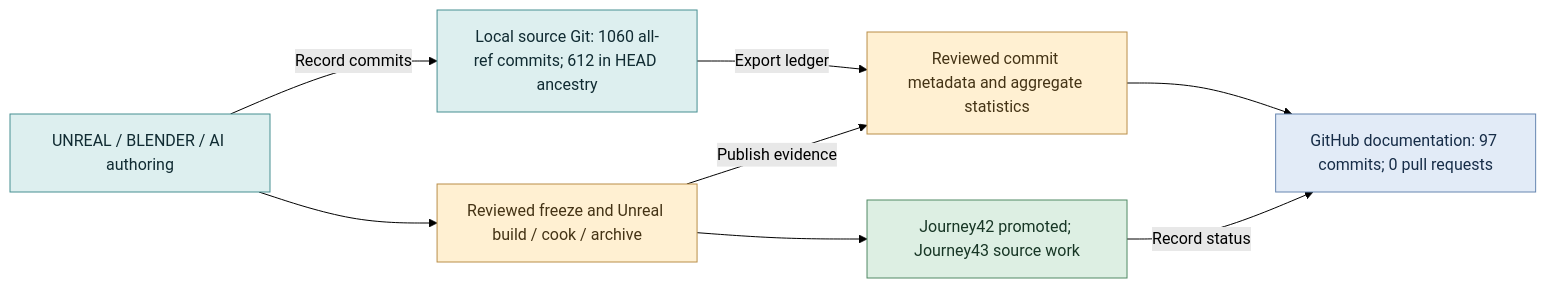
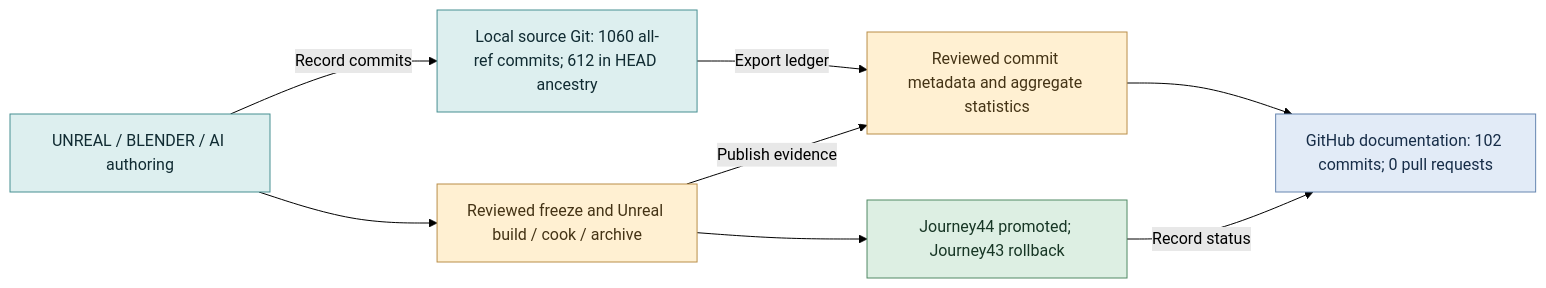
One commit to CA-The-destroyer/G-Ash_Road_ep1 changed the diagram in docs/diagrams/development-history-flow.md. Above: the diagram before and after it, drawn with Mermaid (forest theme). The commit also changed 14 other files, not shown here.

Commit message:
docs: refresh measured stats, Journey44 summary and development flow

````diff
--- a/docs/diagrams/development-history-flow.md
+++ b/docs/diagrams/development-history-flow.md
@@ -13,18 +13,18 @@
 ```mermaid
 flowchart LR
     authorWork["UNREAL / BLENDER / AI authoring"] --> freezeUat["Reviewed freeze and Unreal build / cook / archive"]
-    freezeUat --> playableRelease["Journey42 promoted; Journey43 source work"]
+    freezeUat --> playableRelease["Journey44 promoted; Journey43 rollback"]
     authorWork -->|"Record commits"| sourceHistory["Local source Git: 1060 all-ref commits; 612 in HEAD ancestry"]
     sourceHistory -->|"Export ledger"| publicMetadata["Reviewed commit metadata and aggregate statistics"]
     freezeUat -->|"Publish evidence"| publicMetadata
-    publicMetadata --> docsHistory["GitHub documentation: 97 commits; 0 pull requests"]
+    publicMetadata --> docsHistory["GitHub documentation: 102 commits; 0 pull requests"]
     playableRelease -->|"Record status"| docsHistory
     classDef source fill:#DDEFEF,stroke:#478F91,color:#102B32;
     classDef delivery fill:#FFF0D2,stroke:#B98E49,color:#443315;
     classDef released fill:#DDEFE3,stroke:#508965,color:#173625;
     classDef docs fill:#E2EBF7,stroke:#6686B0,color:#172D48;
     class authorWork,sourceHistory source;
     class freezeUat,publicMetadata delivery;
     class playableRelease released;
     class docsHistory docs;
 ```
````
